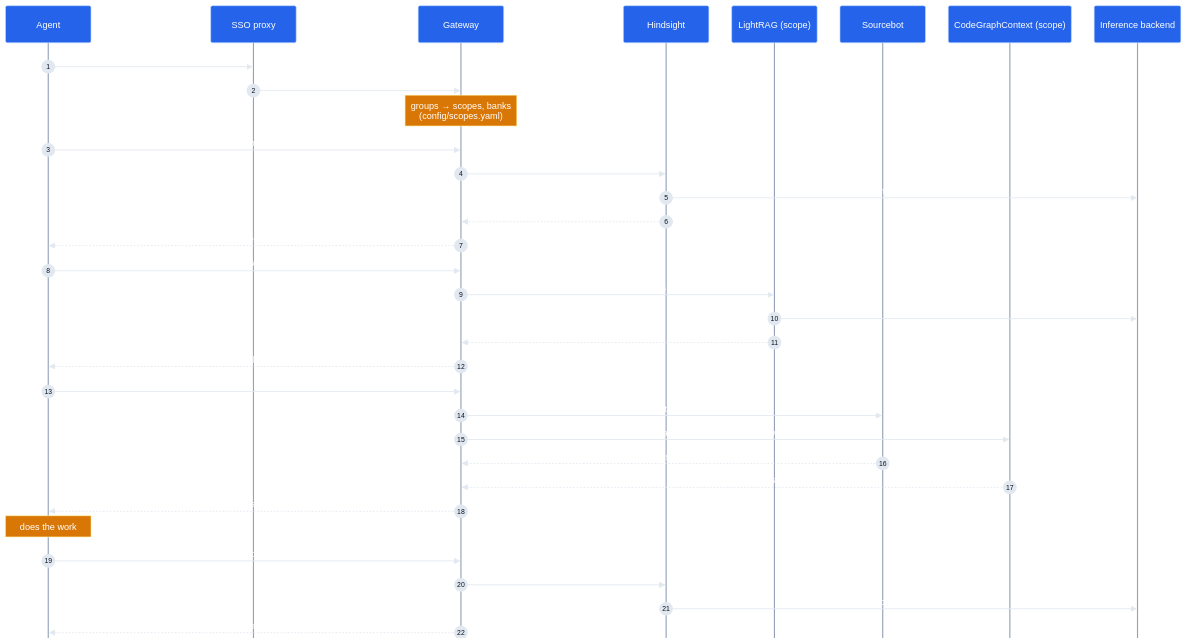
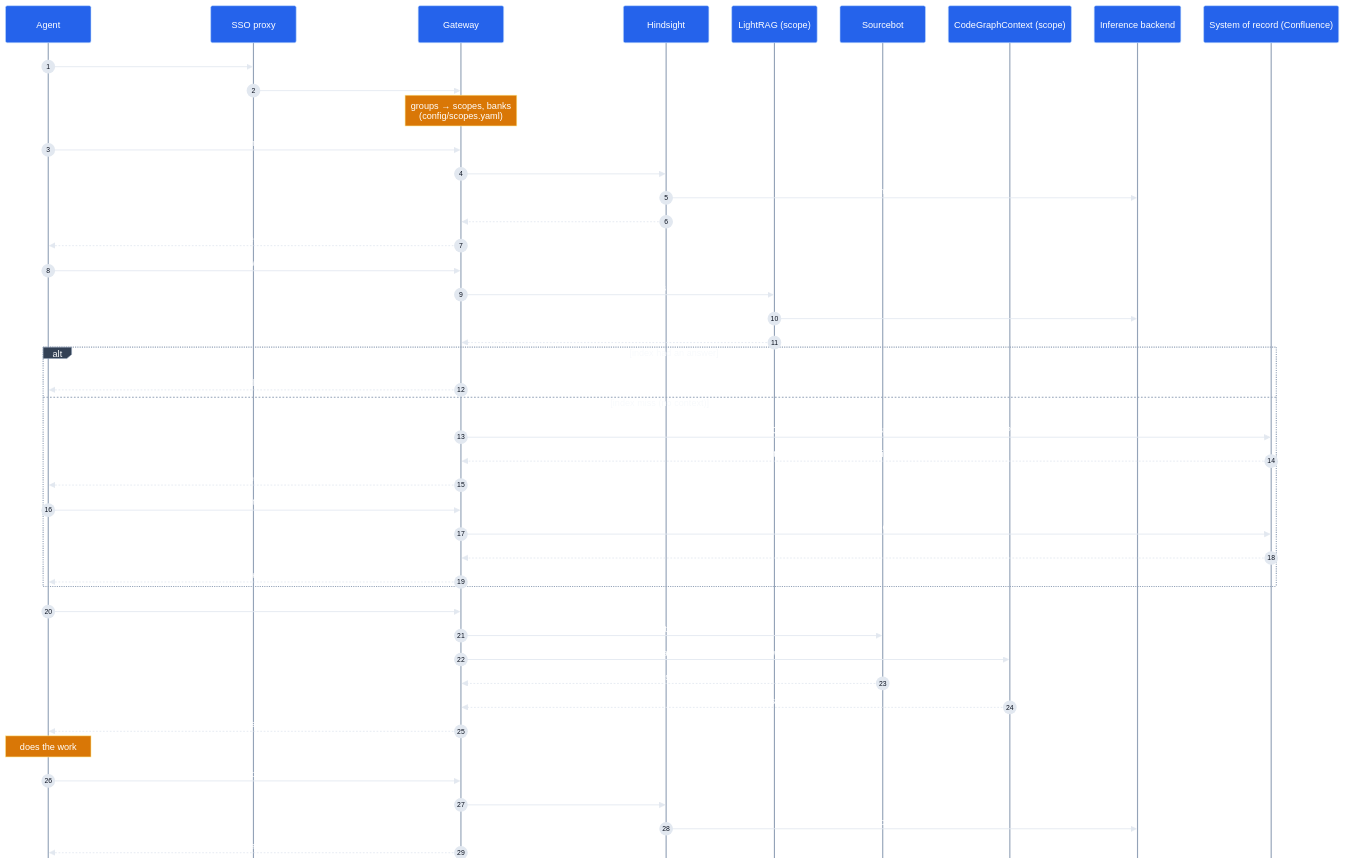
Before and after one commit to cchulo/cerebro: the second of 2 diagrams in docs/ARCHITECTURE.md, drawn with Mermaid. The commit also changed other lines of this file and 6 other files, not shown here.

Commit message:
docs: live-fallback path in both architecture diagrams, shipped-plugin wording, mock MCP upstream in the k8s test overlay

````diff
--- a/docs/ARCHITECTURE.md
+++ b/docs/ARCHITECTURE.md
@@ -140,60 +143,71 @@
 ```mermaid
 %%{init: {
   "theme": "base",
   "themeVariables": {
     "fontFamily": "system-ui, -apple-system, Segoe UI, Roboto, Helvetica, Arial, sans-serif",
     "fontSize": "13px",
     "background": "#0b1220",
     "textColor": "#e2e8f0",
     "actorBkg": "#2563eb", "actorBorder": "#bfdbfe", "actorTextColor": "#ffffff",
     "actorLineColor": "#94a3b8",
     "signalColor": "#e2e8f0", "signalTextColor": "#ffffff",
     "labelBoxBkgColor": "#334155", "labelBoxBorderColor": "#94a3b8", "labelTextColor": "#f8fafc",
     "loopTextColor": "#f8fafc",
     "noteBkgColor": "#d97706", "noteBorderColor": "#fde68a", "noteTextColor": "#ffffff",
     "activationBkgColor": "#1d4ed8", "activationBorderColor": "#93c5fd",
     "sequenceNumberColor": "#0b1220"
   },
   "sequence": { "mirrorActors": false, "actorMargin": 40, "messageMargin": 34, "boxMargin": 8 }
 }}%%
 sequenceDiagram
     autonumber
     participant A as Agent
     participant P as SSO proxy
     participant G as Gateway
     participant H as Hindsight
     participant L as LightRAG (scope)
     participant S as Sourcebot
     participant C as CodeGraphContext (scope)
     participant M as Inference backend
+    participant R as System of record (Confluence)
 
     A->>P: MCP over HTTPS (session cookie / token)
     P->>G: + X-Forwarded-User, X-Forwarded-Groups
     Note over G: groups → scopes, banks<br/>(config/scopes.yaml)
 
     A->>G: recall("prior work on checkout deploys")
     G->>H: POST /banks/user-alice/memories/recall
     H->>M: embed query
     H-->>G: memories
     G-->>A: what was tried, decisions, corrections
 
     A->>G: query_docs("how do we deploy checkout?")
     G->>L: POST /query — only the caller's scopes
     L->>M: retrieve + answer
     L-->>G: answer + references
-    G-->>A: answer with source ids
+    alt index had an answer
+        G-->>A: answer with source ids
+    else index miss (no context)
+        G->>R: live search, CQL confined to the caller's spaces (REST or upstream MCP)
+        R-->>G: hits (space re-checked, restricted pages dropped)
+        G-->>A: fallback refs
+        A->>G: live_fetch(ref)
+        G->>R: read page, verify space + restriction
+        R-->>G: text
+        G-->>A: page text
+    end
 
     A->>G: search_code / code_graph
     G->>S: query + repo:^…$ filter for the caller's repos
     G->>C: read-only tool inside one allowed scope
     S-->>G: matches (post-filtered again)
     C-->>G: callers, blast radius
     G-->>A: results
 
     Note over A: does the work
 
     A->>G: retain("deployed 2.3.1, runbook rollback flag was wrong")
     G->>H: POST /banks/user-alice/memories (async)
     H->>M: extract facts, embed
     G-->>A: operation id
 ```
````
